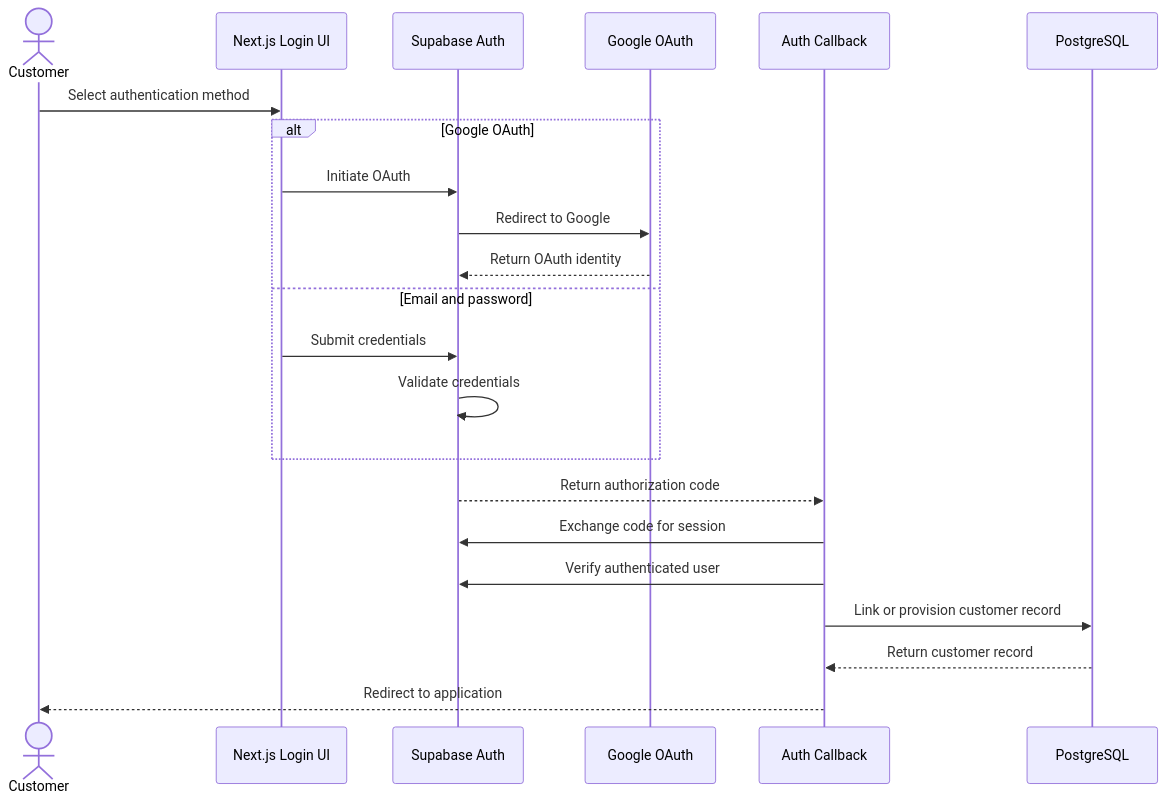
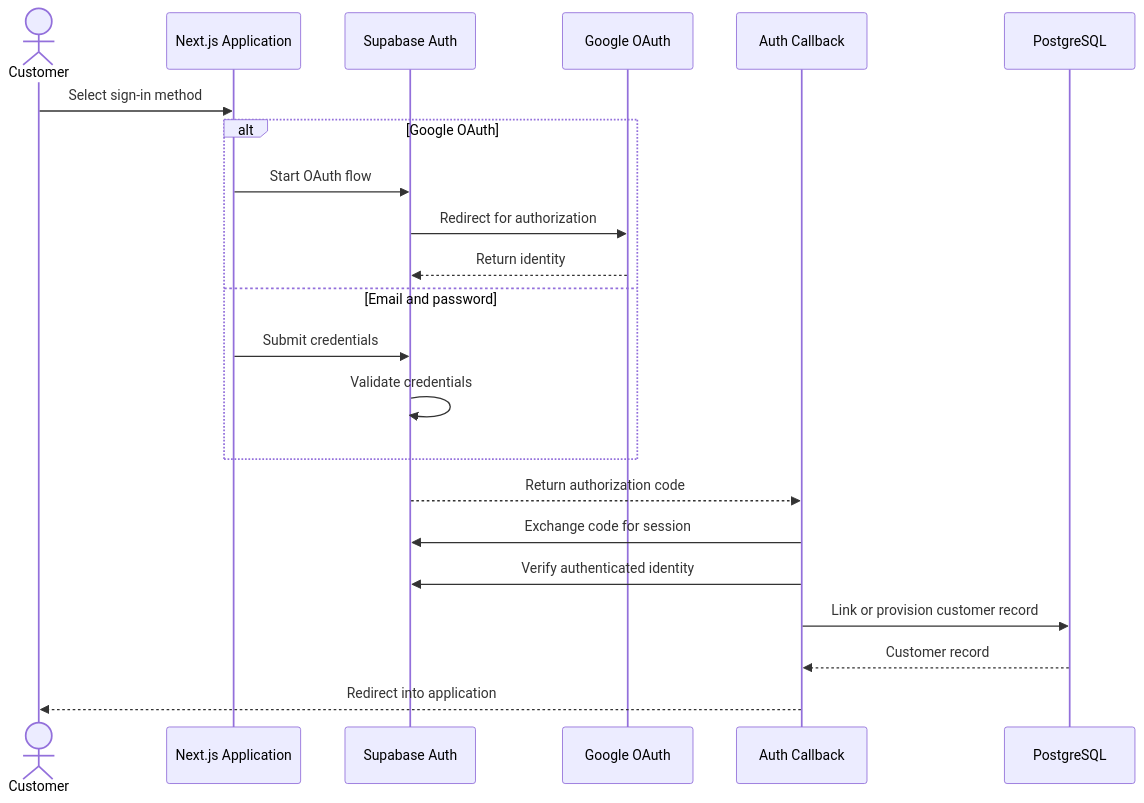
One commit to ashwin8223/tasty-treat-website changed the second of 6 diagrams in README.md. Above: the diagram before and after it, drawn with Mermaid. The commit also changed other lines of this file and 25 other files, not shown here.

````diff
--- a/README.md
+++ b/README.md
@@ -178,27 +144,27 @@
 ```mermaid
 sequenceDiagram
     actor Customer
-    participant UI as Next.js Login UI
-    participant Supabase as Supabase Auth
-    participant Provider as Google OAuth
+    participant App as Next.js Application
+    participant Auth as Supabase Auth
+    participant Google as Google OAuth
     participant Callback as Auth Callback
     participant DB as PostgreSQL
 
-    Customer->>UI: Select authentication method
+    Customer->>App: Select sign-in method
 
     alt Google OAuth
-        UI->>Supabase: Initiate OAuth
-        Supabase->>Provider: Redirect to Google
-        Provider-->>Supabase: Return OAuth identity
+        App->>Auth: Start OAuth flow
+        Auth->>Google: Redirect for authorization
+        Google-->>Auth: Return identity
     else Email and password
-        UI->>Supabase: Submit credentials
-        Supabase->>Supabase: Validate credentials
+        App->>Auth: Submit credentials
+        Auth->>Auth: Validate credentials
     end
 
-    Supabase-->>Callback: Return authorization code
-    Callback->>Supabase: Exchange code for session
-    Callback->>Supabase: Verify authenticated user
+    Auth-->>Callback: Return authorization code
+    Callback->>Auth: Exchange code for session
+    Callback->>Auth: Verify authenticated identity
     Callback->>DB: Link or provision customer record
-    DB-->>Callback: Return customer record
-    Callback-->>Customer: Redirect to application
+    DB-->>Callback: Customer record
+    Callback-->>Customer: Redirect into application
 ```
````
